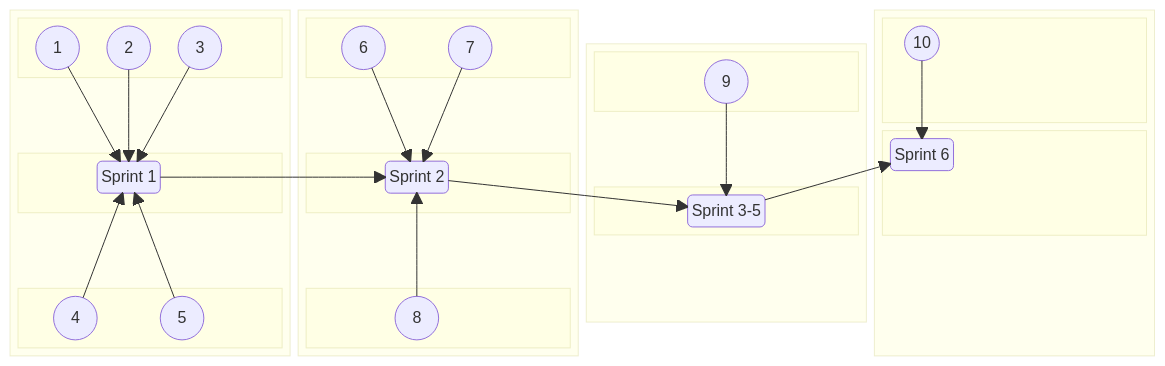
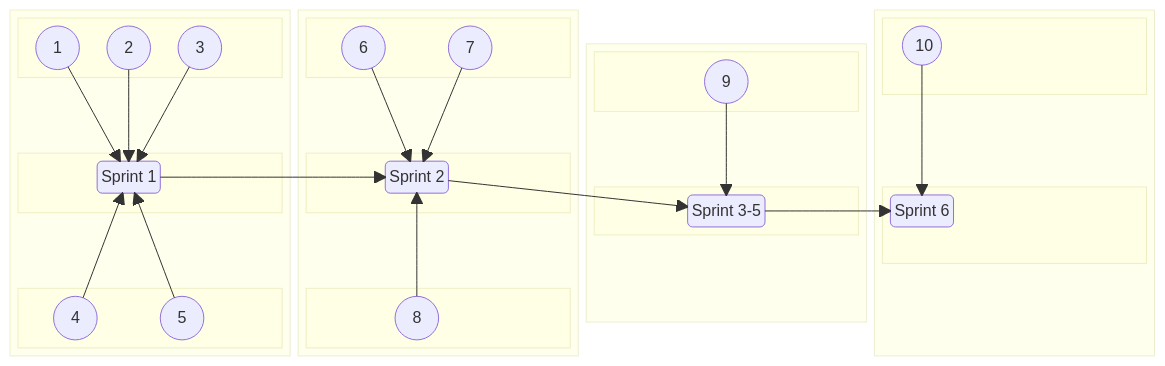
Before and after one commit to jdmedlock/mermaid_testing: the second of 2 diagrams in README.md, drawn with Mermaid.

Commit message:
Feature: Add annotations to test layout

```diff
--- a/README.md
+++ b/README.md
@@ -157,8 +157,9 @@
     block:B4:1
       columns 1
       block:B4TOP
-        A10(("&nbsp;10&nbsp;"))
+        A10(("&nbsp;&nbsp;10&nbsp;"))
       end
+      space
       block:B4CENTER
         columns 3
         SPRINT6("Sprint 6")
```
